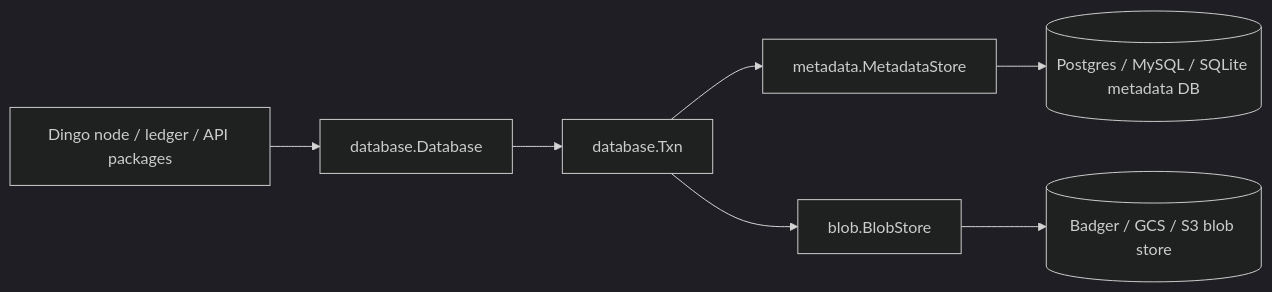
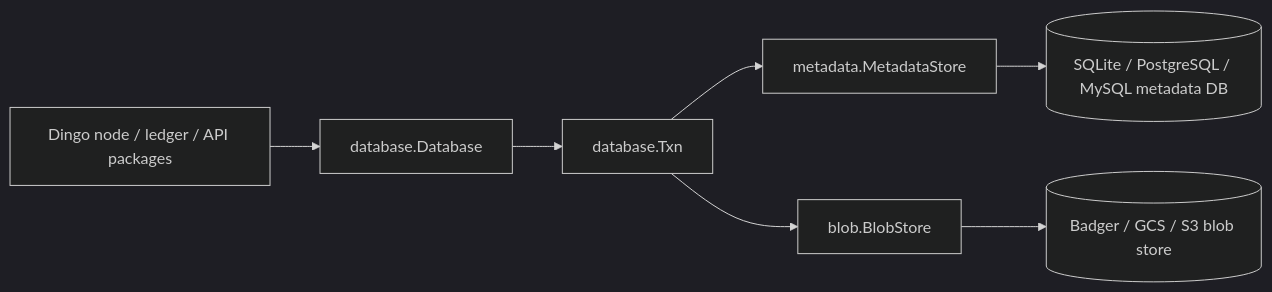
The first of 6 diagrams in DATABASE.md (blinklabs-io/dingo), drawn with Mermaid (dark theme) before and after one commit. The commit also changed other lines of this file and 433 other files, not shown here.

````diff
--- a/DATABASE.md
+++ b/DATABASE.md
@@ -118,17 +161,17 @@
 ```mermaid
 flowchart LR
     Node[Dingo node / ledger / API packages]
     DB[database.Database]
     Txn[database.Txn]
     Metadata[metadata.MetadataStore]
     Blob[blob.BlobStore]
-    SQL[(Postgres / MySQL / SQLite metadata DB)]
+    SQL[(SQLite / PostgreSQL / MySQL metadata DB)]
     KV[(Badger / GCS / S3 blob store)]
 
     Node --> DB
     DB --> Txn
     Txn --> Metadata
     Txn --> Blob
     Metadata --> SQL
     Blob --> KV
 ```
````
